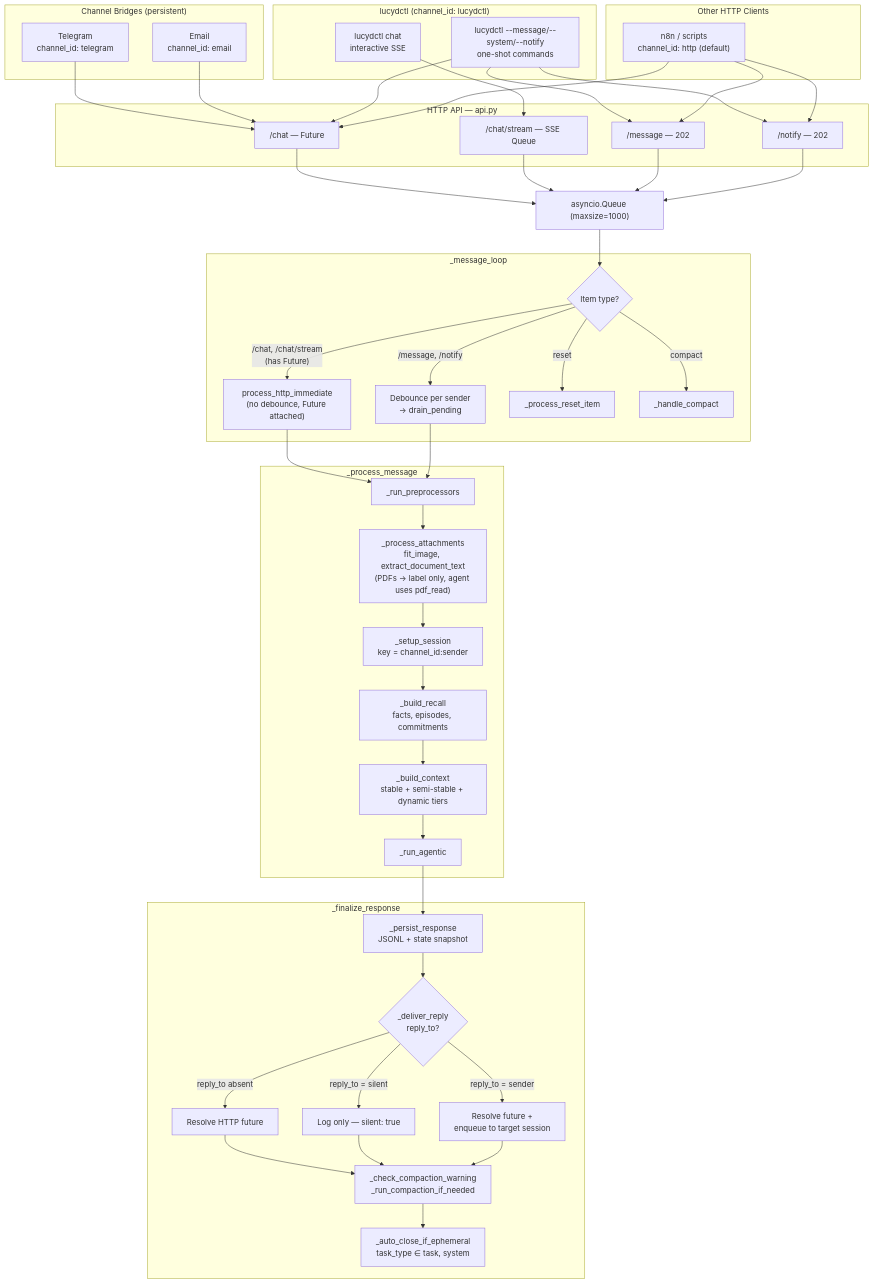
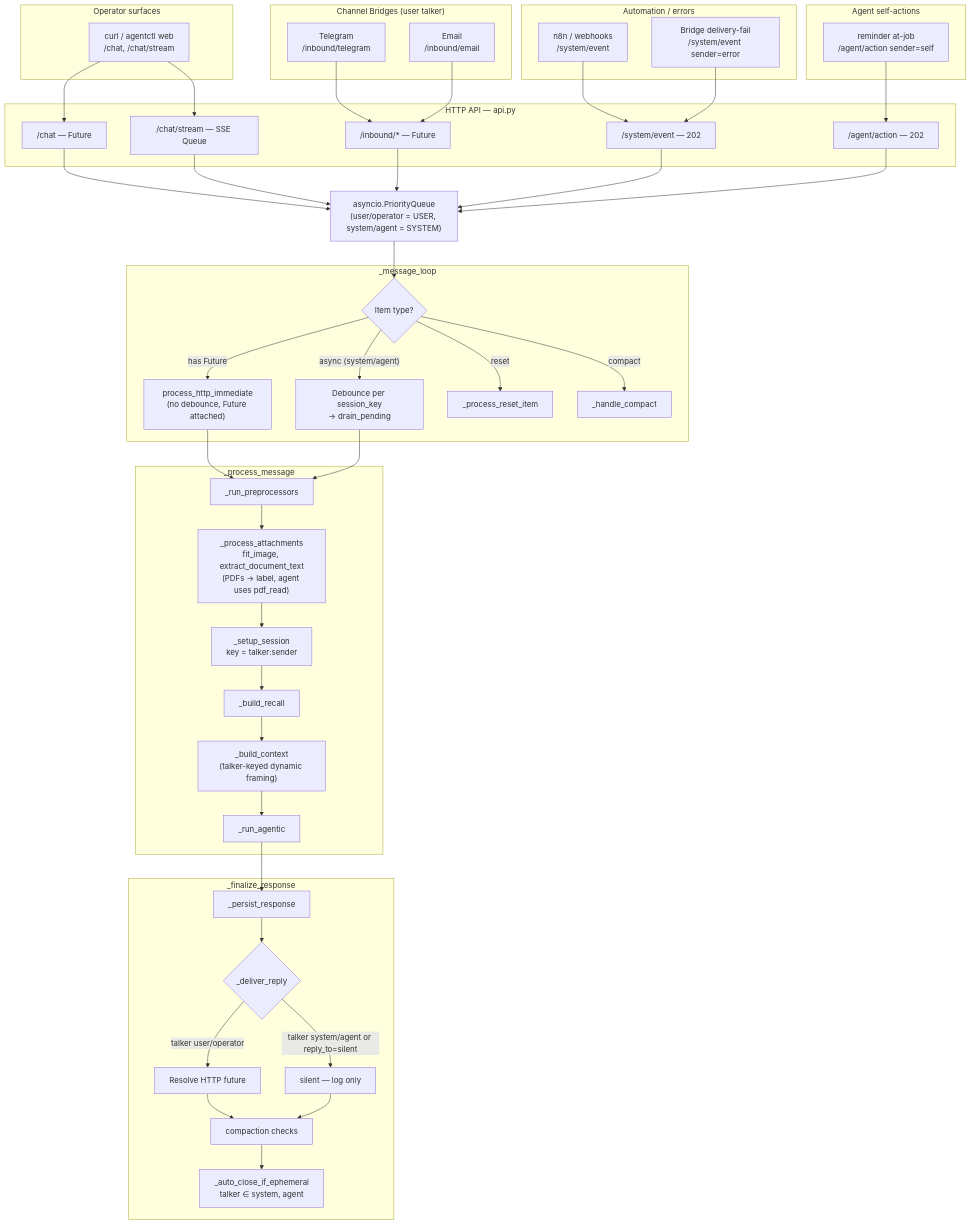
Before and after one commit to nicolasforstinger/lucyd: the first of 10 diagrams in docs/diagrams.md, drawn with Mermaid. The commit also changed other lines of this file and 4 other files, not shown here.

````diff
--- a/docs/diagrams.md
+++ b/docs/diagrams.md
@@ -33,75 +39,77 @@
 ```mermaid
 flowchart TD
-    subgraph Bridges["Channel Bridges (persistent)"]
-        TG["Telegram<br/>channel_id: telegram"]
-        EMAIL["Email<br/>channel_id: email"]
+    subgraph Bridges["Channel Bridges (user talker)"]
+        TG["Telegram<br/>/inbound/telegram"]
+        EMAIL["Email<br/>/inbound/email"]
     end
 
-    subgraph CLI["lucydctl (channel_id: lucydctl)"]
-        CHAT_MODE["lucydctl chat<br/>interactive SSE"]
-        CMD["lucydctl --message/--system/--notify<br/>one-shot commands"]
+    subgraph Ops["Operator surfaces"]
+        CLI["curl / agentctl web<br/>/chat, /chat/stream"]
     end
 
-    subgraph Other["Other HTTP Clients"]
-        N8N["n8n / scripts<br/>channel_id: http (default)"]
+    subgraph Auto["Automation / errors"]
+        N8N["n8n / webhooks<br/>/system/event"]
+        ERR["Bridge delivery-fail<br/>/system/event sender=error"]
+    end
+
+    subgraph Self["Agent self-actions"]
+        REM["reminder at-job<br/>/agent/action sender=self"]
     end
 
     subgraph API["HTTP API — api.py"]
         CHAT["/chat — Future"]
         STREAM["/chat/stream — SSE Queue"]
-        MSG["/message — 202"]
-        NOTIFY["/notify — 202"]
+        INBOUND["/inbound/* — Future"]
+        SYS["/system/event — 202"]
+        AGENT["/agent/action — 202"]
     end
 
-    Q["asyncio.Queue (maxsize=1000)"]
+    Q["asyncio.PriorityQueue<br/>(user/operator = USER, system/agent = SYSTEM)"]
 
     subgraph Loop["_message_loop"]
         TYPE{"Item type?"}
         IMMEDIATE["process_http_immediate<br/>(no debounce, Future attached)"]
-        DEB["Debounce per sender<br/>→ drain_pending"]
+        DEB["Debounce per session_key<br/>→ drain_pending"]
         RESET["_process_reset_item"]
         COMPACT["_handle_compact"]
     end
 
     subgraph Process["_process_message"]
         PREPROC["_run_preprocessors"]
-        ATTACH["_process_attachments<br/>fit_image, extract_document_text<br/>(PDFs → label only, agent uses pdf_read)"]
-        SETUP["_setup_session<br/>key = channel_id:sender"]
-        RECALL["_build_recall<br/>facts, episodes, commitments"]
-        BUILD["_build_context<br/>stable + semi-stable + dynamic tiers"]
+        ATTACH["_process_attachments<br/>fit_image, extract_document_text<br/>(PDFs → label, agent uses pdf_read)"]
+        SETUP["_setup_session<br/>key = talker:sender"]
+        RECALL["_build_recall"]
+        BUILD["_build_context<br/>(talker-keyed dynamic framing)"]
         RUN["_run_agentic"]
     end
 
     subgraph Finalize["_finalize_response"]
-        PERSIST["_persist_response<br/>JSONL + state snapshot"]
-        DELIVER{"_deliver_reply<br/>reply_to?"}
-        DEFAULT["Resolve HTTP future"]
-        SILENT["Log only — silent: true"]
-        REDIRECT["Resolve future +<br/>enqueue to target session"]
-        COMPACT_CHECK["_check_compaction_warning<br/>_run_compaction_if_needed"]
-        AUTOCLOSE["_auto_close_if_ephemeral<br/>task_type ∈ task, system"]
+        PERSIST["_persist_response"]
+        DELIVER{"_deliver_reply"}
+        SYNC["Resolve HTTP future"]
+        SILENT["silent — log only"]
+        COMPACT_CHECK["compaction checks"]
+        AUTOCLOSE["_auto_close_if_ephemeral<br/>talker ∈ system, agent"]
     end
 
-    TG --> CHAT
-    EMAIL --> CHAT
-    CHAT_MODE --> STREAM
-    CMD --> CHAT & MSG & NOTIFY
-    N8N --> CHAT & MSG & NOTIFY
+    TG & EMAIL --> INBOUND
+    CLI --> CHAT & STREAM
+    N8N & ERR --> SYS
+    REM --> AGENT
 
-    CHAT & STREAM --> Q
-    MSG & NOTIFY --> Q
+    CHAT & STREAM & INBOUND --> Q
+    SYS & AGENT --> Q
     Q --> TYPE
-    TYPE -->|"/chat, /chat/stream<br/>(has Future)"| IMMEDIATE
-    TYPE -->|"/message, /notify"| DEB
+    TYPE -->|"has Future"| IMMEDIATE
+    TYPE -->|"async (system/agent)"| DEB
     TYPE -->|reset| RESET
     TYPE -->|compact| COMPACT
 
     IMMEDIATE --> PREPROC
     DEB --> PREPROC
     PREPROC --> ATTACH --> SETUP --> RECALL --> BUILD --> RUN
     RUN --> PERSIST --> DELIVER
-    DELIVER -->|"reply_to absent"| DEFAULT --> COMPACT_CHECK
-    DELIVER -->|"reply_to = silent"| SILENT --> COMPACT_CHECK
-    DELIVER -->|"reply_to = sender"| REDIRECT --> COMPACT_CHECK
+    DELIVER -->|"talker user/operator"| SYNC --> COMPACT_CHECK
+    DELIVER -->|"talker system/agent or reply_to=silent"| SILENT --> COMPACT_CHECK
     COMPACT_CHECK --> AUTOCLOSE
 ```
````
